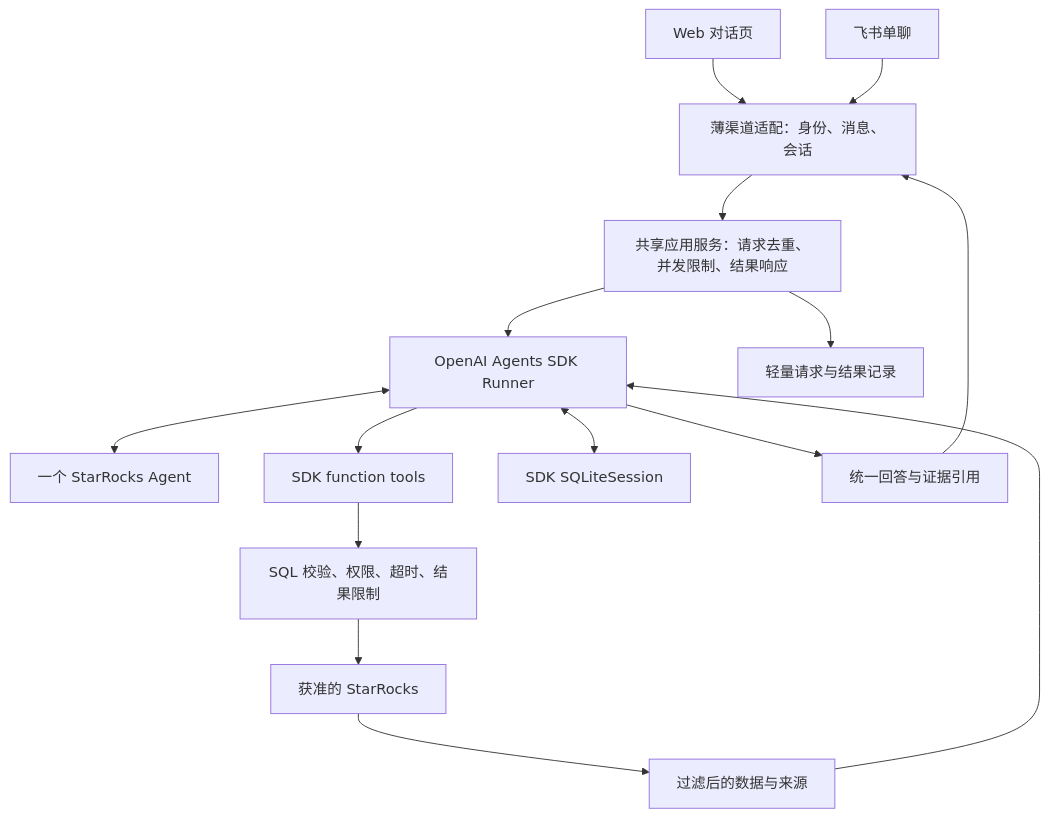
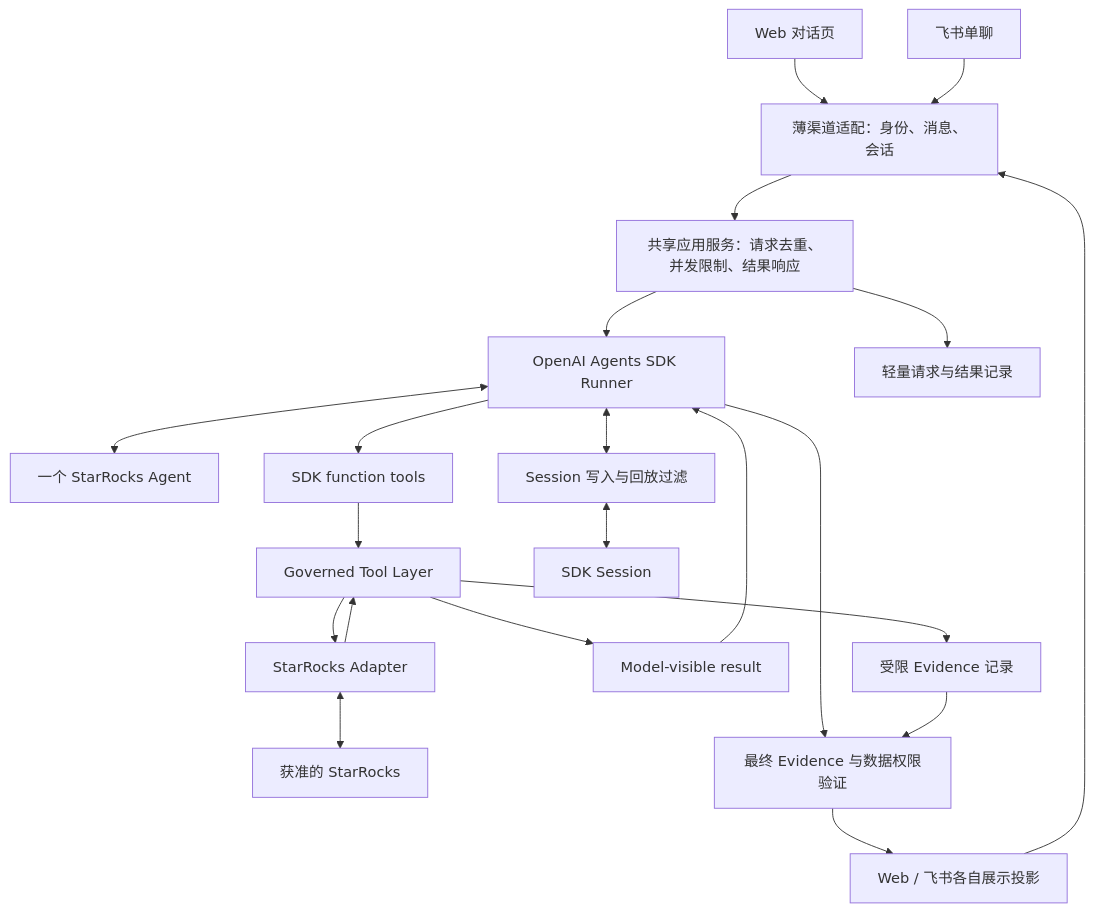
The diagram in ARCHITECTURE.md (shixian66/xiaowei-agent-sdk), drawn with Mermaid before and after one commit. The commit also changed other lines of this file and 4 other files, not shown here.

````diff
--- a/ARCHITECTURE.md
+++ b/ARCHITECTURE.md
@@ -39,17 +43,23 @@
 ```mermaid
 flowchart TD
     W[Web 对话页] --> C[薄渠道适配：身份、消息、会话]
     F[飞书单聊] --> C
     C --> A[共享应用服务：请求去重、并发限制、结果响应]
     A --> R[OpenAI Agents SDK Runner]
     R <--> G[一个 StarRocks Agent]
     R --> T[SDK function tools]
-    T --> B[SQL 校验、权限、超时、结果限制]
-    B --> D[获准的 StarRocks]
-    D --> E[过滤后的数据与来源]
-    E --> R
-    R <--> S[SDK SQLiteSession]
+    T --> B[Governed Tool Layer]
+    B --> D[StarRocks Adapter]
+    D <--> DB[获准的 StarRocks]
+    D --> B
+    B --> M[Model-visible result]
+    M --> R
+    B --> E[受限 Evidence 记录]
+    R <--> H[Session 写入与回放过滤]
+    H <--> S[SDK Session]
     A --> P[轻量请求与结果记录]
-    R --> O[统一回答与证据引用]
+    R --> V[最终 Evidence 与数据权限验证]
+    E --> V
+    V --> O[Web / 飞书各自展示投影]
     O --> C
 ```
````
